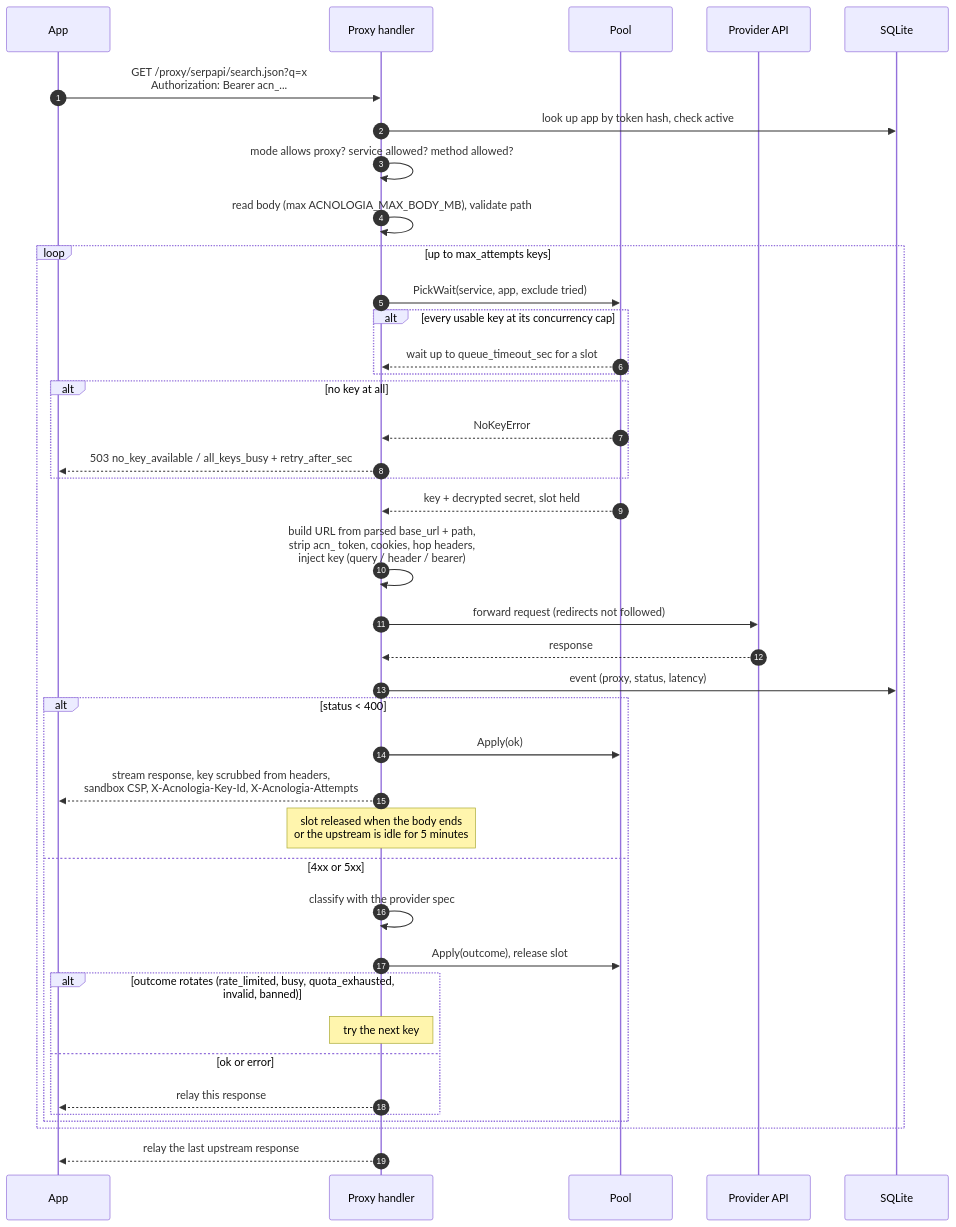
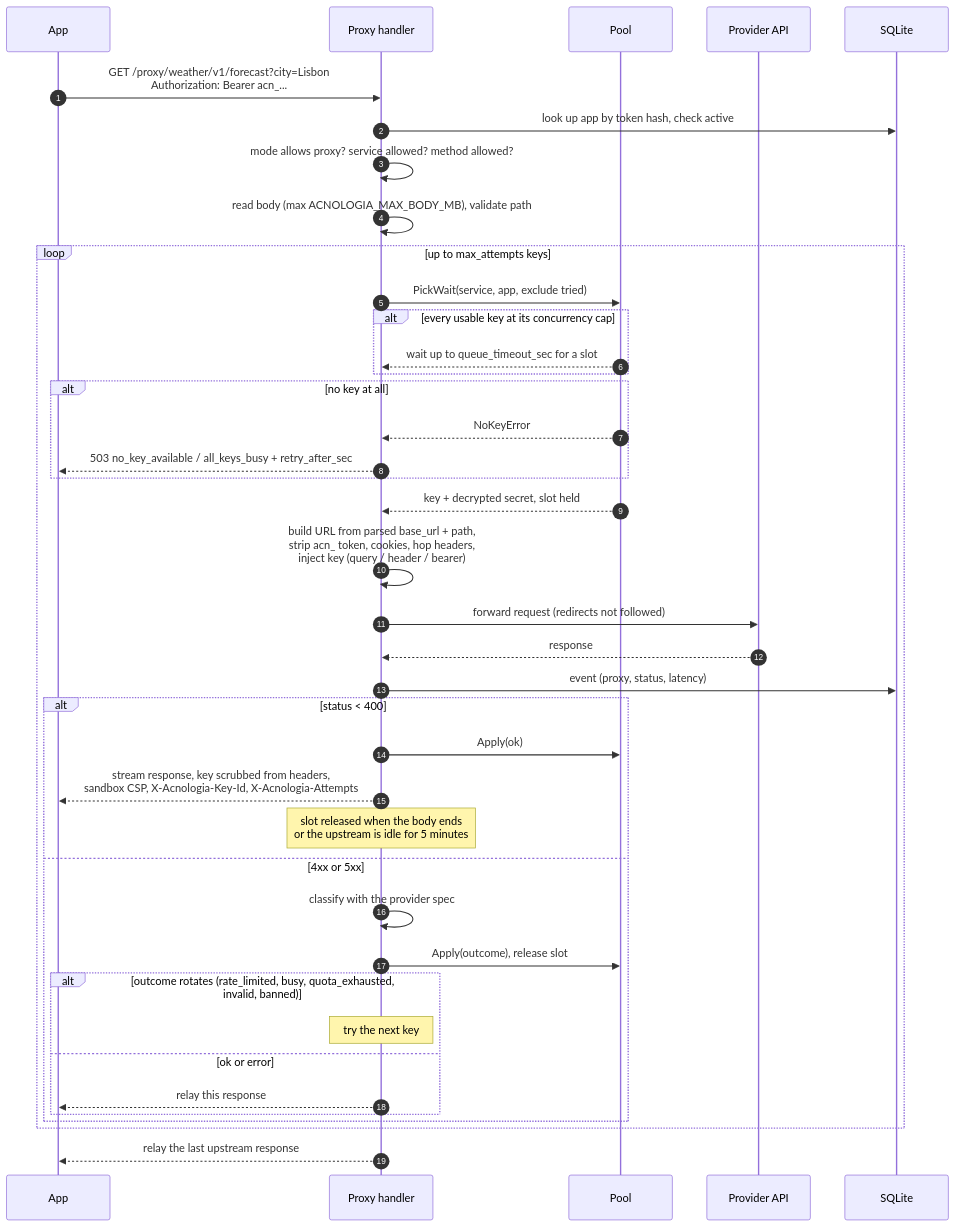
One commit to sidharthpunathil/acnologia changed the second of 20 diagrams in server/internal/docsmd/files/flows.md. Above: the diagram before and after it, drawn with Mermaid. The commit also changed other lines of this file and 34 other files, not shown here.

````diff
--- a/server/internal/docsmd/files/flows.md
+++ b/server/internal/docsmd/files/flows.md
@@ -25,43 +119,43 @@
 ```mermaid
 sequenceDiagram
     autonumber
     participant A as App
     participant P as Proxy handler
     participant Pool as Pool
     participant U as Provider API
     participant DB as SQLite
 
-    A->>P: GET /proxy/serpapi/search.json?q=x<br/>Authorization: Bearer acn_...
+    A->>P: GET /proxy/weather/v1/forecast?city=Lisbon<br/>Authorization: Bearer acn_...
     P->>DB: look up app by token hash, check active
     P->>P: mode allows proxy? service allowed? method allowed?
     P->>P: read body (max ACNOLOGIA_MAX_BODY_MB), validate path
     loop up to max_attempts keys
         P->>Pool: PickWait(service, app, exclude tried)
         alt every usable key at its concurrency cap
             Pool-->>P: wait up to queue_timeout_sec for a slot
         end
         alt no key at all
             Pool-->>P: NoKeyError
             P-->>A: 503 no_key_available / all_keys_busy + retry_after_sec
         end
         Pool-->>P: key + decrypted secret, slot held
         P->>P: build URL from parsed base_url + path,<br/>strip acn_ token, cookies, hop headers,<br/>inject key (query / header / bearer)
         P->>U: forward request (redirects not followed)
         U-->>P: response
         P->>DB: event (proxy, status, latency)
         alt status < 400
             P->>Pool: Apply(ok)
             P-->>A: stream response, key scrubbed from headers,<br/>sandbox CSP, X-Acnologia-Key-Id, X-Acnologia-Attempts
             Note over P: slot released when the body ends<br/>or the upstream is idle for 5 minutes
         else 4xx or 5xx
             P->>P: classify with the provider spec
             P->>Pool: Apply(outcome), release slot
             alt outcome rotates (rate_limited, busy, quota_exhausted, invalid, banned)
                 Note over P: try the next key
             else ok or error
                 P-->>A: relay this response
             end
         end
     end
     P-->>A: relay the last upstream response
 ```
````
